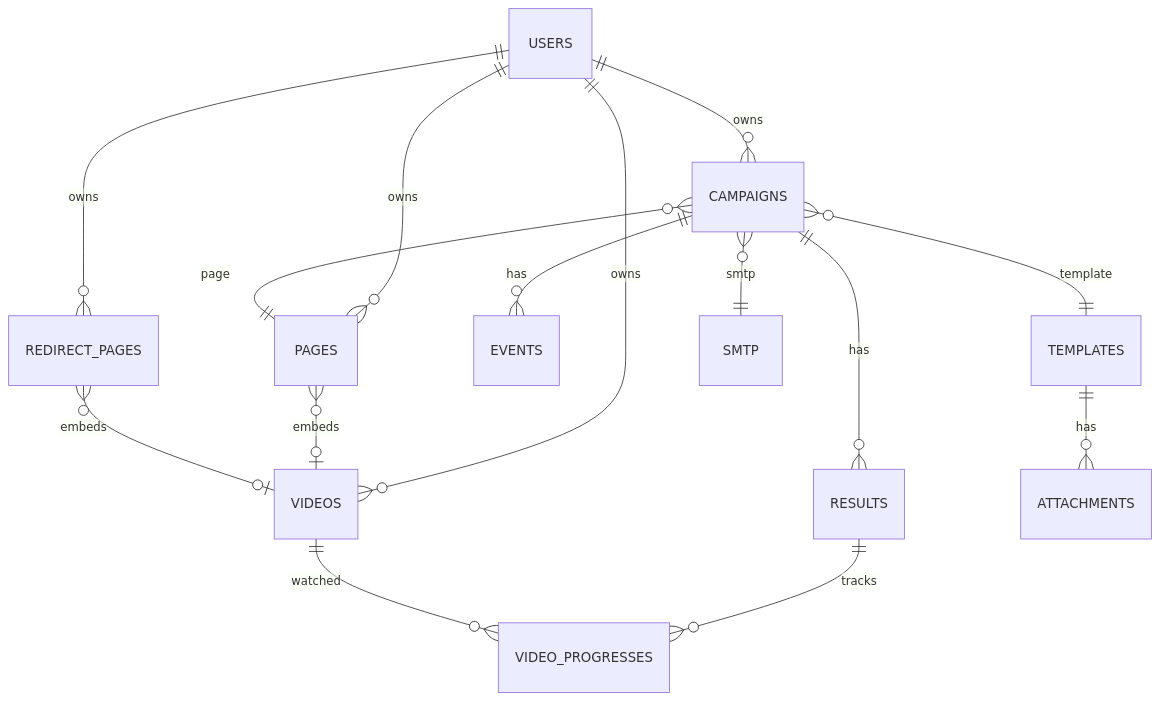
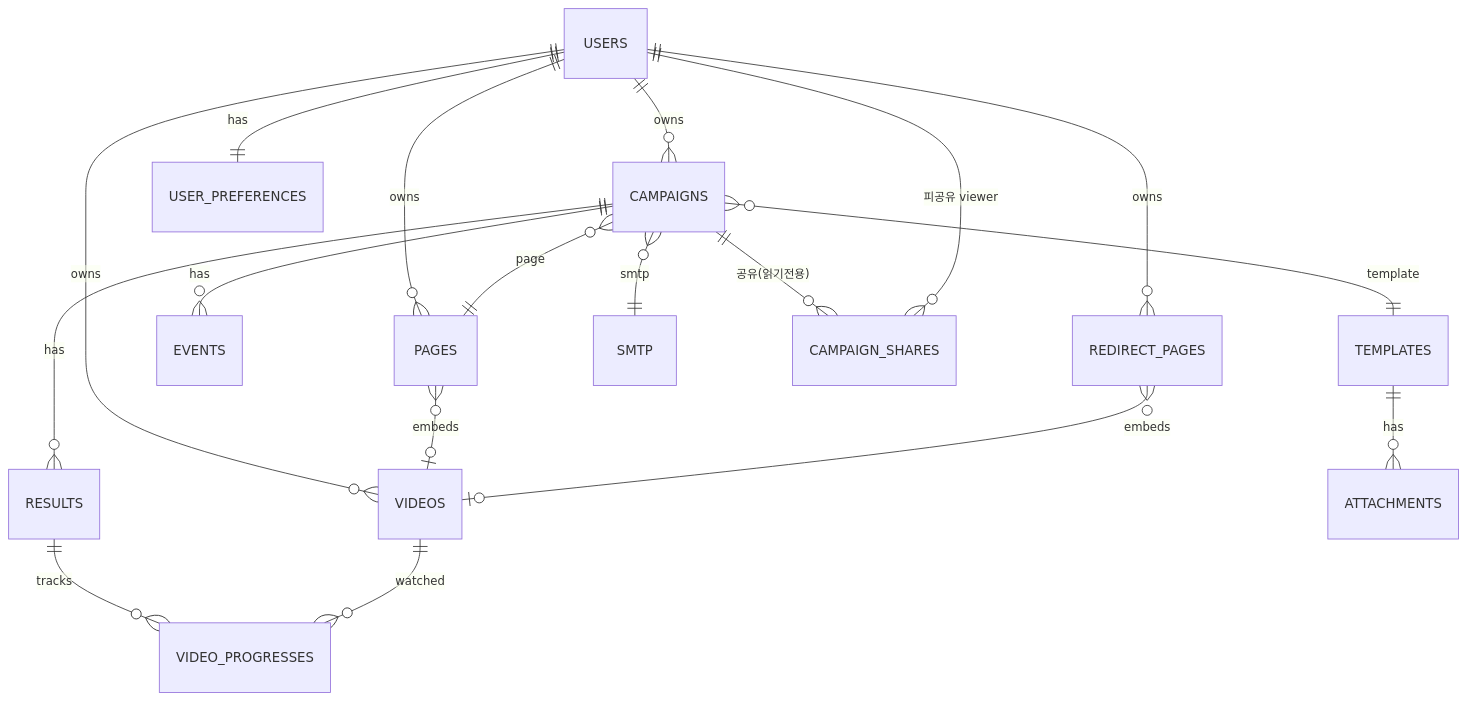
The diagram in docs/er-overview.mmd (AegisAX/AegisCampus), drawn with Mermaid before and after one commit. The commit also changed 1 other file, not shown here.

Commit message:
docs: Architecture/ER rc8 정합 보완
마이그레이션 10→13건(unique_index/campaign_shares/user_preferences) 반영,
ER에 campaign_shares·user_preferences 추가, CSRF를 filippo Origin기반으로 정정,
도메인 aegisax.com, API 라우트(shares/country_stats/me-preferences), 버전 rc8.

```diff
--- a/docs/er-overview.mmd
+++ b/docs/er-overview.mmd
@@ -1,15 +1,18 @@
 erDiagram
     USERS ||--o{ CAMPAIGNS : owns
     USERS ||--o{ VIDEOS : owns
     USERS ||--o{ REDIRECT_PAGES : owns
     USERS ||--o{ PAGES : owns
     CAMPAIGNS ||--o{ RESULTS : has
     CAMPAIGNS ||--o{ EVENTS : has
     CAMPAIGNS }o--|| PAGES : page
     CAMPAIGNS }o--|| TEMPLATES : template
     CAMPAIGNS }o--|| SMTP : smtp
     RESULTS ||--o{ VIDEO_PROGRESSES : tracks
     VIDEOS ||--o{ VIDEO_PROGRESSES : watched
     PAGES }o--o| VIDEOS : embeds
     REDIRECT_PAGES }o--o| VIDEOS : embeds
     TEMPLATES ||--o{ ATTACHMENTS : has
+    CAMPAIGNS ||--o{ CAMPAIGN_SHARES : "공유(읽기전용)"
+    USERS ||--o{ CAMPAIGN_SHARES : "피공유 viewer"
+    USERS ||--|| USER_PREFERENCES : has
```
